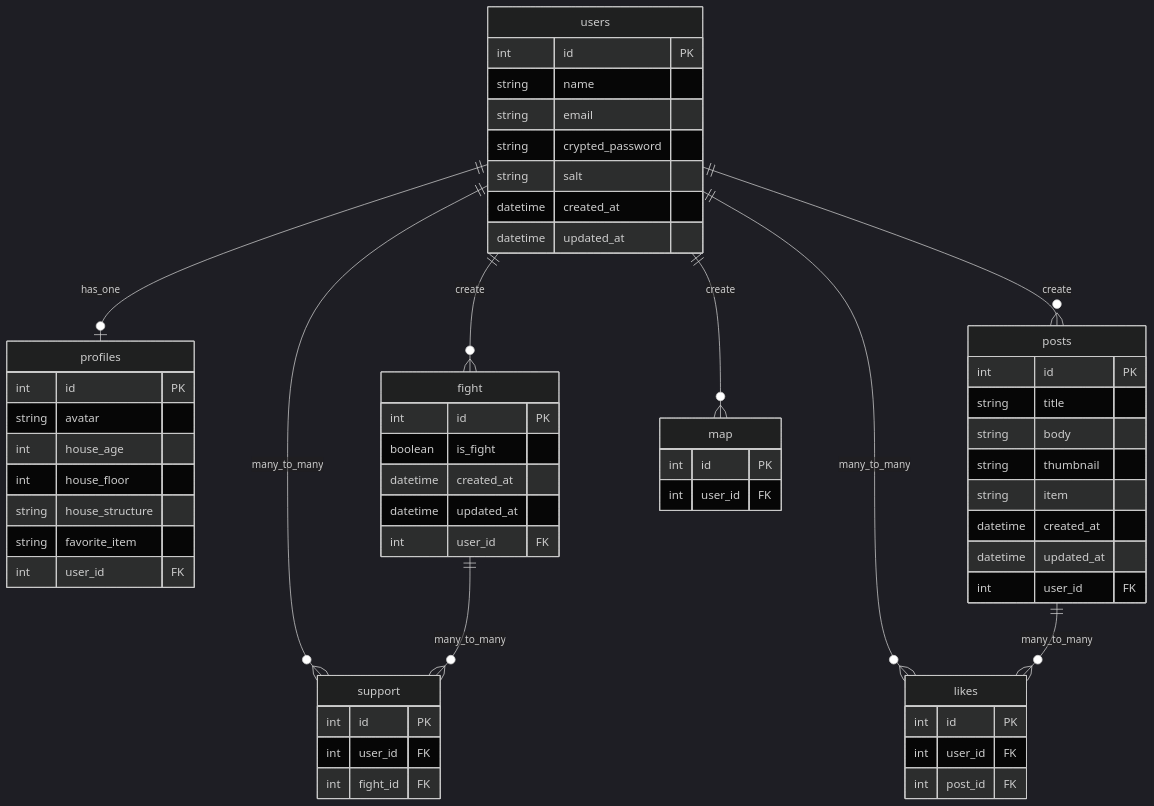
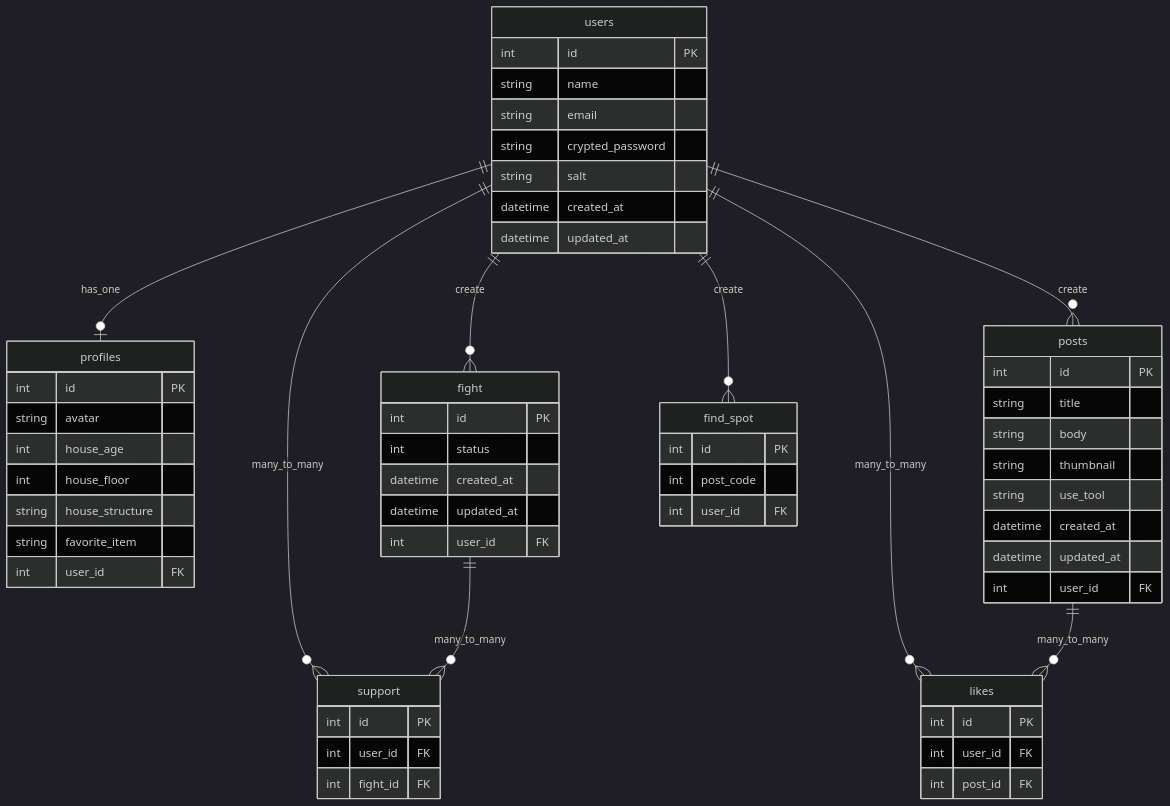
One commit to hagimoto0943/goki-network changed the diagram in README.md. Above: the diagram before and after it, drawn with Mermaid (dark theme).

Commit message:
カラム名の変更

````diff
--- a/README.md
+++ b/README.md
@@ -61,64 +61,65 @@
 ```mermaid
 erDiagram
 users ||--o| profiles : has_one
 users ||--o{ fight : create
 users ||--o{ posts : create
 users ||--o{ likes : many_to_many
 users ||--o{ support : many_to_many
 fight ||--o{ support : many_to_many
-users ||--o{ map : create
+users ||--o{ find_spot : create
 posts ||--o{ likes : many_to_many
 
   users {
     int id PK
     string name
     string email
     string crypted_password
     string salt
     datetime created_at
     datetime updated_at
   }
   profiles {
     int id PK
     string avatar
     int house_age
     int house_floor
     string house_structure
     string favorite_item
     int user_id FK
   }
   posts {
     int id PK
     string title
     string body
     string thumbnail
-    string item
+    string use_tool
     datetime created_at
     datetime updated_at
     int user_id FK
   }
   fight {
     int id PK
-    boolean is_fight
+    int status
     datetime created_at
     datetime updated_at
     int user_id FK
   }
   likes {
     int id PK
     int user_id FK
     int post_id FK
   }
 
   support{
     int id PK
     int user_id FK
     int fight_id FK
   }
-  map {
+  find_spot {
     int id PK
+    int post_code
     int user_id FK
   }
 
 
 ```
````
